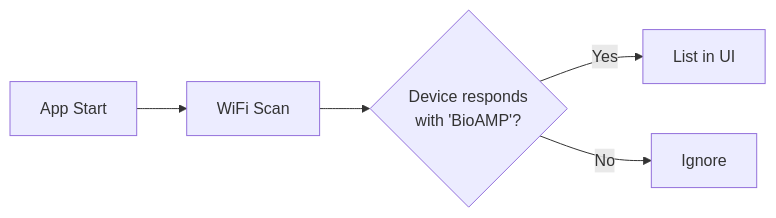
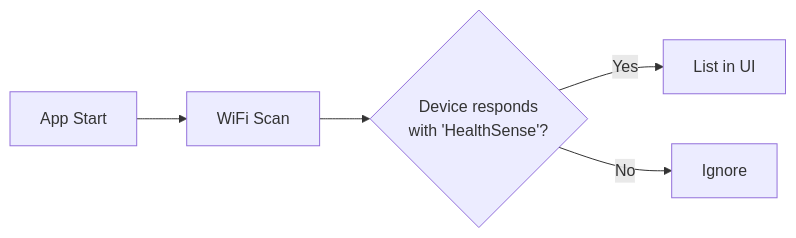
One commit to Shash976/health-sense changed the first of 2 diagrams in README.md. Above: the diagram before and after it, drawn with Mermaid. The commit also changed other lines of this file, not shown here.

````diff
--- a/README.md
+++ b/README.md
@@ -104,7 +104,7 @@
 ```mermaid
 flowchart LR
     A[App Start] --> B[WiFi Scan]
-    B --> C{Device responds<br>with 'BioAMP'?}
+    B --> C{Device responds<br>with 'HealthSense'?}
     C -- Yes --> D[List in UI]
     C -- No --> E[Ignore]
 ```
````
